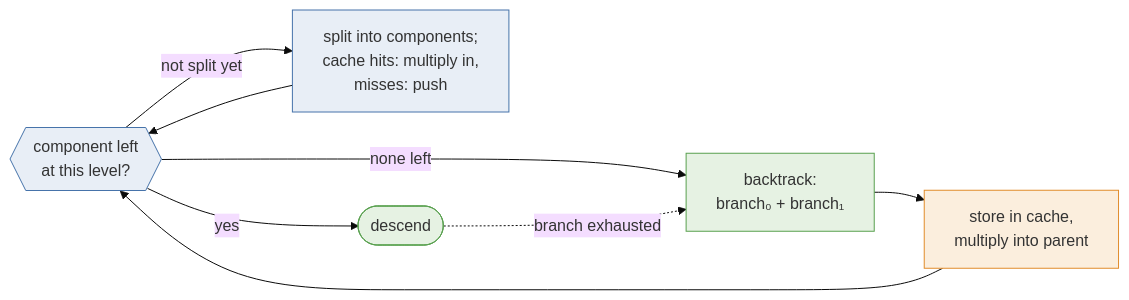
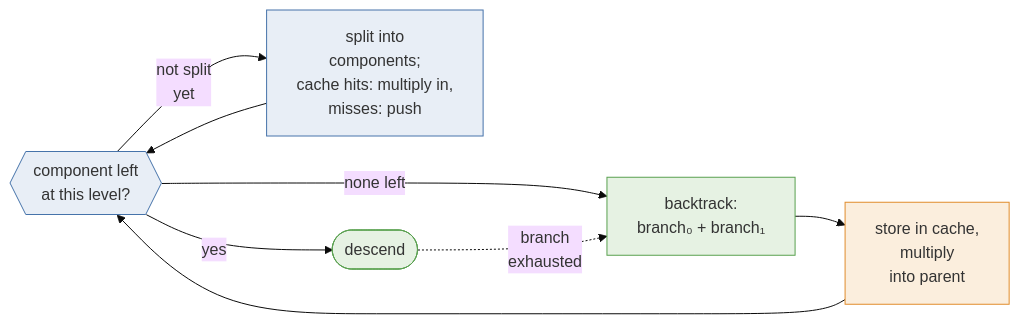
The diagram in figs/mermaid/ascend.mmd (meelgroup/ganak-presentation), drawn with Mermaid (base theme) before and after one commit. The commit also changed 6 other files, not shown here.

Commit message:
Mermaid diagrams: larger font, tighter spacing, more line breaks

```diff
--- a/figs/mermaid/ascend.mmd
+++ b/figs/mermaid/ascend.mmd
@@ -1,16 +1,16 @@
 flowchart LR
   A{{"component left<br/>at this level?"}}
-  A -->|"not split yet"| B["split into components;<br/>cache hits: multiply in,<br/>misses: push"]
+  A -->|"not split<br/>yet"| B["split into<br/>components;<br/>cache hits: multiply in,<br/>misses: push"]
   B --> A
   A -->|yes| H([descend])
   A -->|"none left"| J["backtrack:<br/>branch₀ + branch₁"]
-  H -.->|branch exhausted| J
-  J --> L["store in cache,<br/>multiply into parent"]
+  H -.->|"branch<br/>exhausted"| J
+  J --> L["store in cache,<br/>multiply<br/>into parent"]
   L --> A
 
   classDef dec fill:#e8eef6,stroke:#4673aa
   classDef cache fill:#fbeedd,stroke:#e18c2b
   classDef math fill:#e6f2e3,stroke:#59a14f
   class A,B dec
   class L cache
   class J,H math
```
